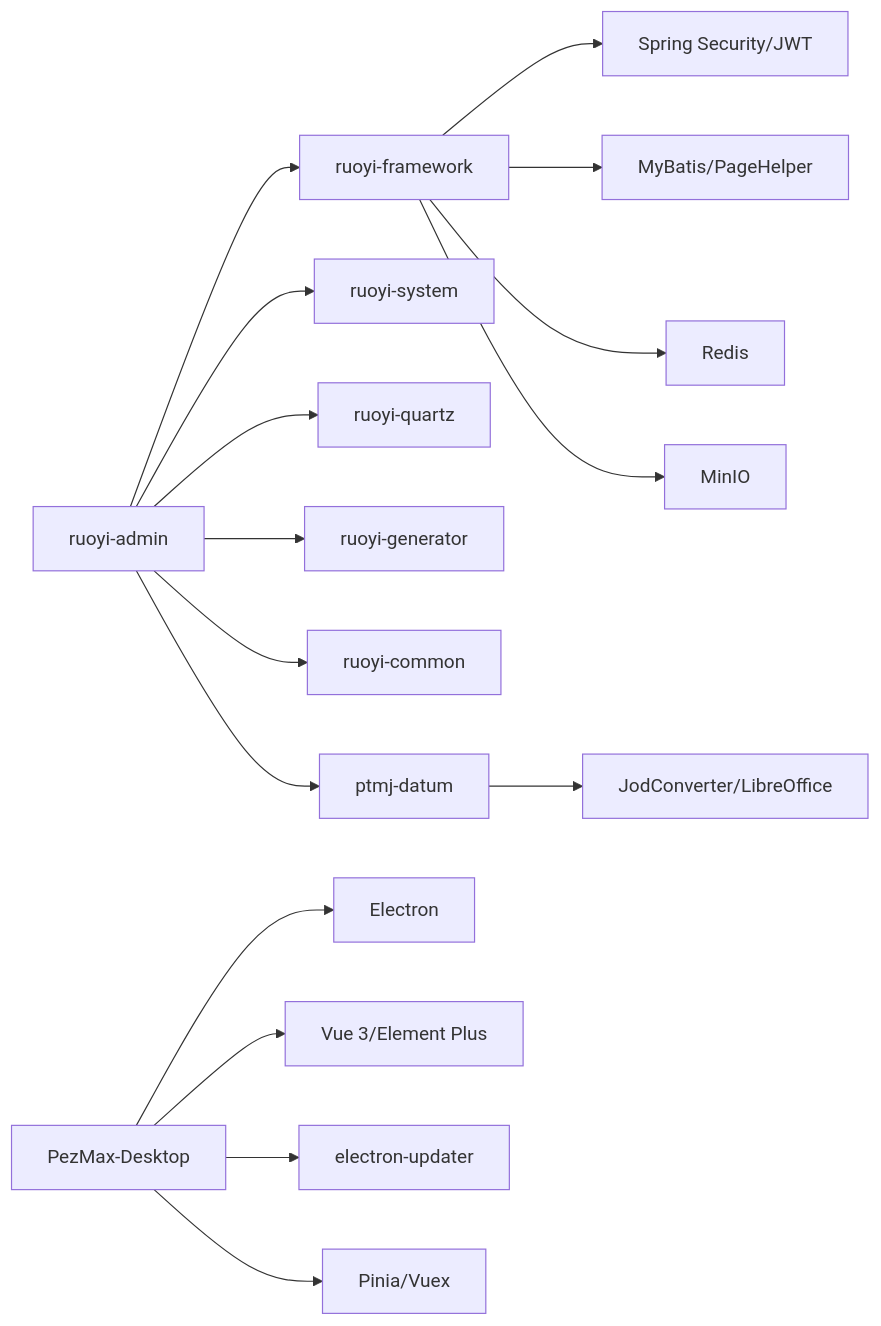
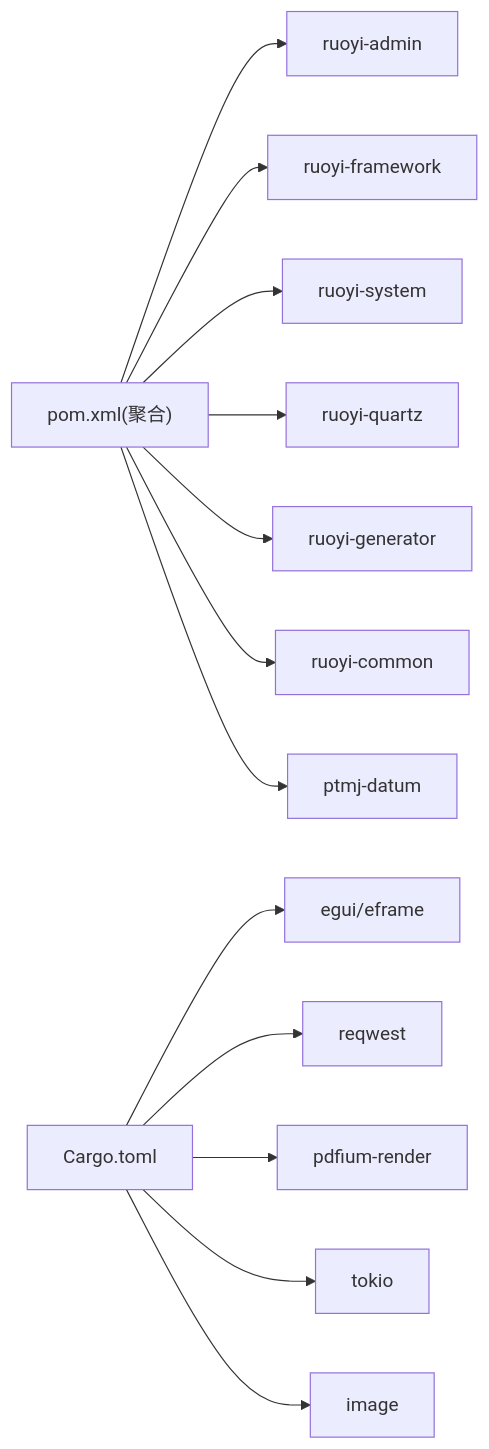
One commit to PezMax/PezMax-One changed the seventh of 7 diagrams in repowiki/zh/content/系统架构设计/整体架构概览.md. Above: the diagram before and after it, drawn with Mermaid. The commit also changed other lines of this file and 12 other files, not shown here.

````diff
--- a/repowiki/zh/content/系统架构设计/整体架构概览.md
+++ b/repowiki/zh/content/系统架构设计/整体架构概览.md
@@ -357,18 +253,15 @@
 ```mermaid
 graph LR
-Admin["ruoyi-admin"] --> Framework["ruoyi-framework"]
-Admin --> System["ruoyi-system"]
-Admin --> Quartz["ruoyi-quartz"]
-Admin --> Generator["ruoyi-generator"]
-Admin --> Common["ruoyi-common"]
-Admin --> Datum["ptmj-datum"]
-Framework --> Security["Spring Security/JWT"]
-Framework --> MyBatis["MyBatis/PageHelper"]
-Framework --> Redis["Redis"]
-Framework --> MinIO["MinIO"]
-Datum --> Office["JodConverter/LibreOffice"]
-Desktop["PezMax-Desktop"] --> Electron["Electron"]
-Desktop --> Vue["Vue 3/Element Plus"]
-Desktop --> Updater["electron-updater"]
-Desktop --> Store["Pinia/Vuex"]
+Root["pom.xml(聚合)"] --> Admin["ruoyi-admin"]
+Root --> Framework["ruoyi-framework"]
+Root --> System["ruoyi-system"]
+Root --> Quartz["ruoyi-quartz"]
+Root --> Generator["ruoyi-generator"]
+Root --> Common["ruoyi-common"]
+Root --> Datum["ptmj-datum"]
+Cargo["Cargo.toml"] --> Egui["egui/eframe"]
+Cargo --> Reqwest["reqwest"]
+Cargo --> Pdfium["pdfium-render"]
+Cargo --> Tokio["tokio"]
+Cargo --> Image["image"]
 ```
````
